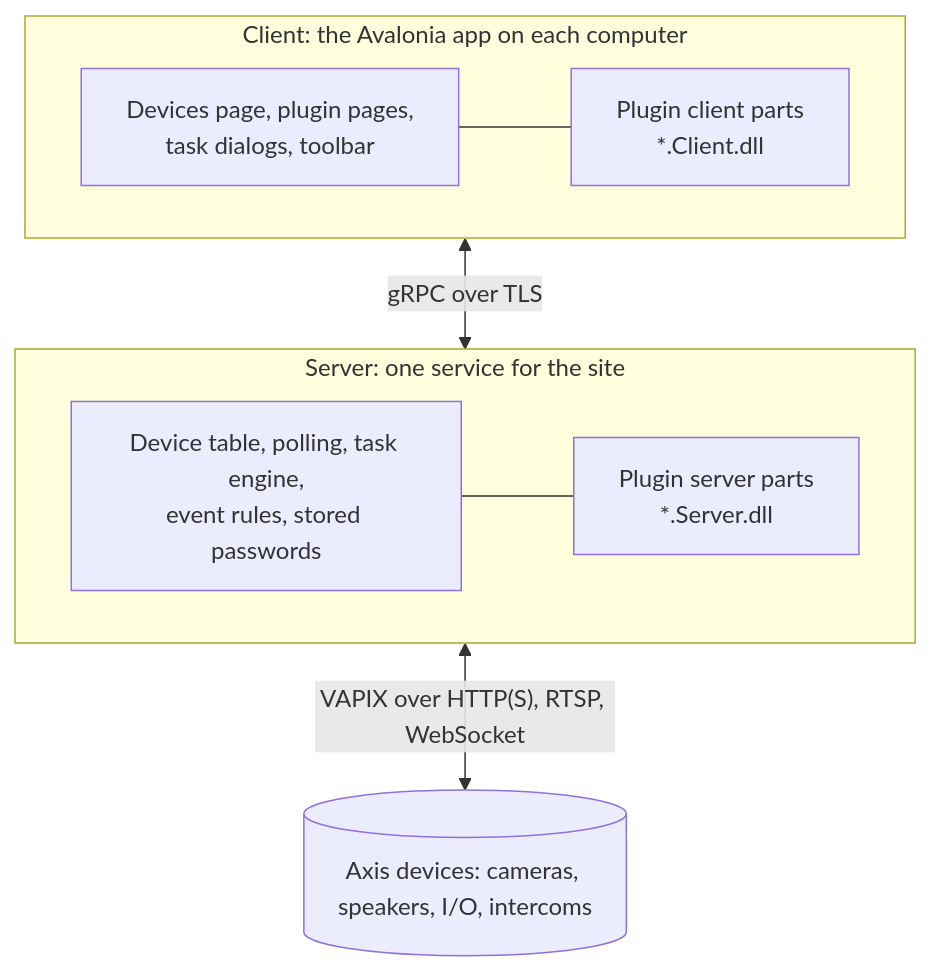
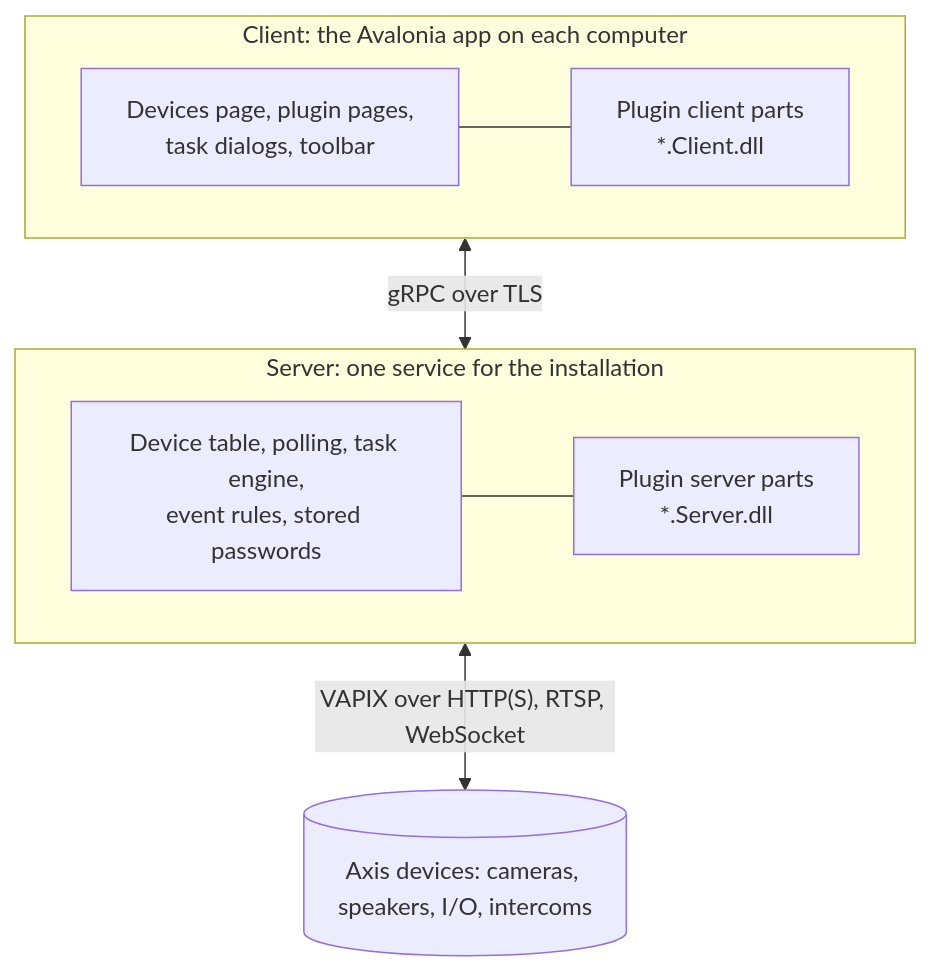
The diagram in website/src/content/docs/dev/overview.md (Cacsjep/oadm), drawn with Mermaid before and after one commit. The commit also changed other lines of this file and 36 other files, not shown here.

````diff
--- a/website/src/content/docs/dev/overview.md
+++ b/website/src/content/docs/dev/overview.md
@@ -11,14 +11,14 @@
 ```mermaid
 flowchart TB
     subgraph Client["Client: the Avalonia app on each computer"]
         direction LR
         UI["Devices page, plugin pages,<br/>task dialogs, toolbar"] --- CP["Plugin client parts<br/>*.Client.dll"]
     end
-    subgraph Server["Server: one service for the site"]
+    subgraph Server["Server: one service for the installation"]
         direction LR
         Core["Device table, polling, task engine,<br/>event rules, stored passwords"] --- SP["Plugin server parts<br/>*.Server.dll"]
     end
     Devices[("Axis devices: cameras, speakers, I/O, intercoms")]
     Client <-->|"gRPC over TLS"| Server
     Server <-->|"VAPIX over HTTP(S), RTSP, WebSocket"| Devices
 ```
````
